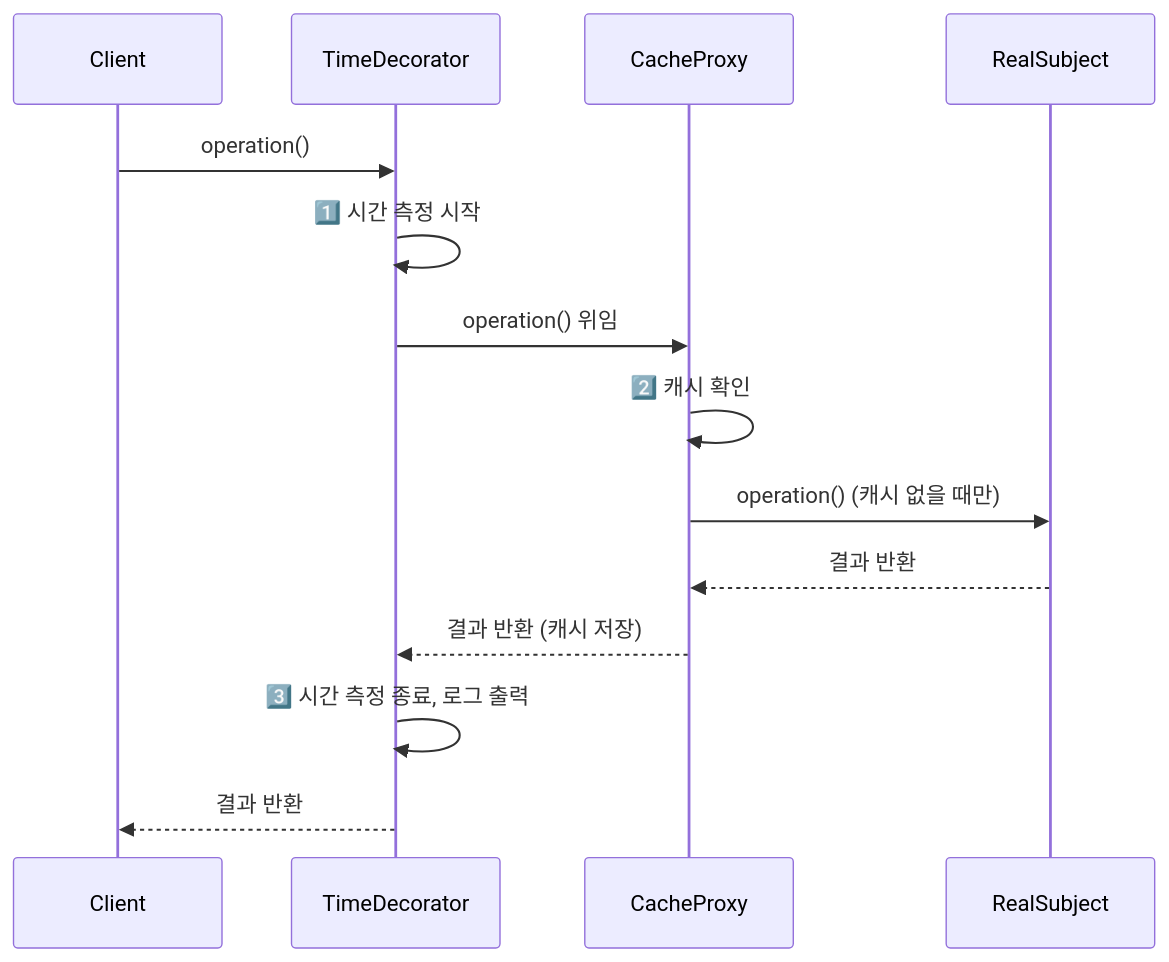
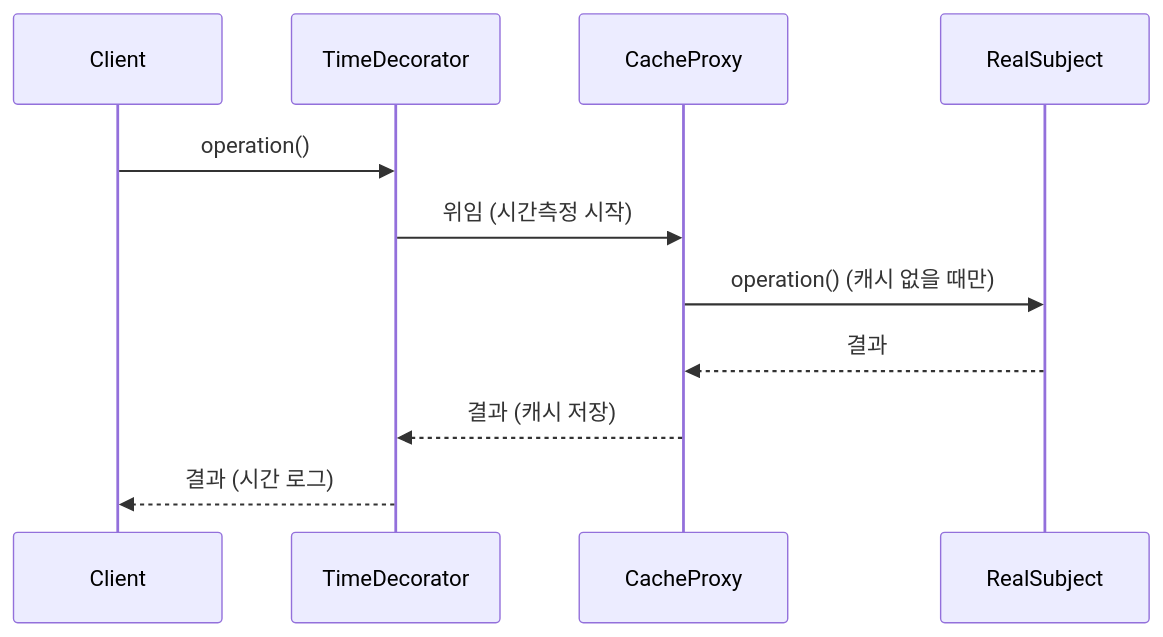
The third of 11 diagrams in _posts/spring/2026-05-02-spring-core-advanced.md (yjkim2015/yjkim2015.github.io), drawn with Mermaid before and after one commit. The commit also changed other lines of this file and 215 other files, not shown here.

First line of the commit message:
신규 포스트 10개 추가 + Mermaid 전면 축소 + SystemDesign 시리즈 보강

````diff
--- a/_posts/spring/2026-05-02-spring-core-advanced.md
+++ b/_posts/spring/2026-05-02-spring-core-advanced.md
@@ -149,17 +137,13 @@
 ```mermaid
 sequenceDiagram
     participant C as Client
     participant T as TimeDecorator
     participant CP as CacheProxy
     participant R as RealSubject
-
     C->>T: operation()
-    T->>T: 1️⃣ 시간 측정 시작
-    T->>CP: operation() 위임
-    CP->>CP: 2️⃣ 캐시 확인
+    T->>CP: 위임 (시간측정 시작)
     CP->>R: operation() (캐시 없을 때만)
-    R-->>CP: 결과 반환
-    CP-->>T: 결과 반환 (캐시 저장)
-    T->>T: 3️⃣ 시간 측정 종료, 로그 출력
-    T-->>C: 결과 반환
+    R-->>CP: 결과
+    CP-->>T: 결과 (캐시 저장)
+    T-->>C: 결과 (시간 로그)
 ```
````
